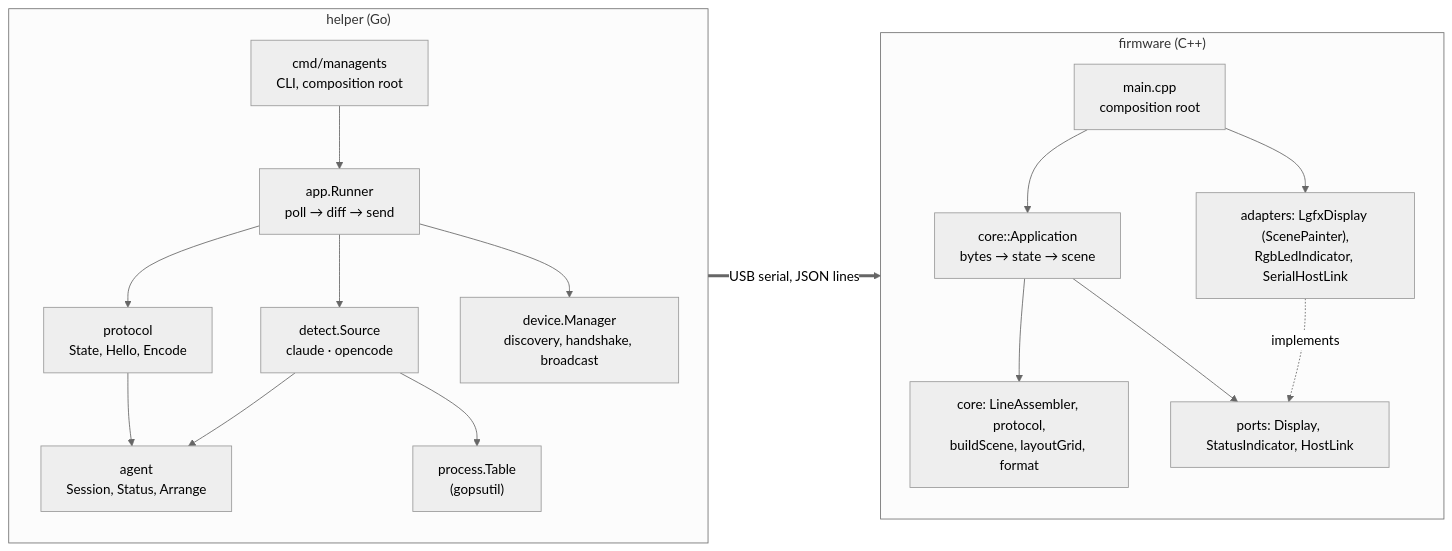
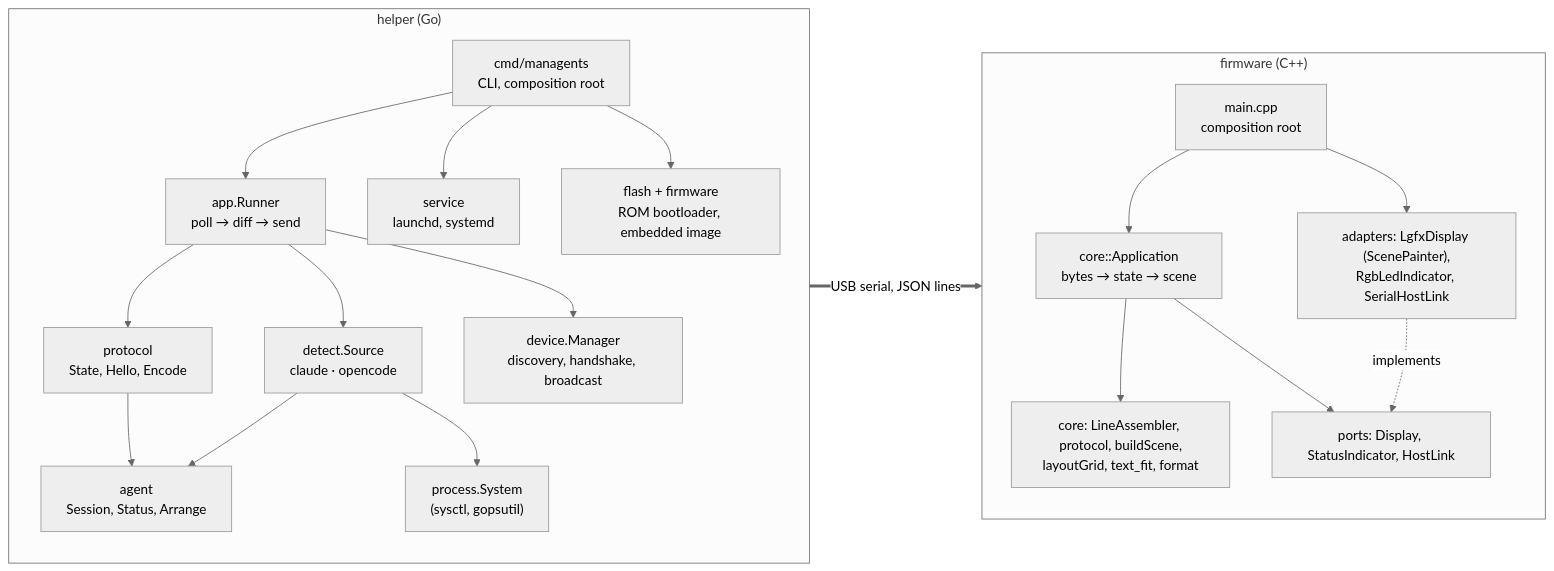
Before and after one commit to tonylook/managents: the first of 2 diagrams in docs/architecture.md, drawn with Mermaid (neutral theme). The commit also changed other lines of this file and 5 other files, not shown here.

First line of the commit message:
docs: bring the protocol, architecture and component docs up to date

````diff
--- a/docs/architecture.md
+++ b/docs/architecture.md
@@ -12,29 +12,31 @@
 ```mermaid
 flowchart LR
     subgraph helper["helper (Go)"]
         direction TB
         cmd["cmd/managents<br/>CLI, composition root"]
         appr["app.Runner<br/>poll → diff → send"]
         detect["detect.Source<br/>claude · opencode"]
         agentd["agent<br/>Session, Status, Arrange"]
         proto["protocol<br/>State, Hello, Encode"]
         device["device.Manager<br/>discovery, handshake, broadcast"]
-        procs["process.Table<br/>(gopsutil)"]
-        cmd --> appr
+        procs["process.System<br/>(sysctl, gopsutil)"]
+        svc["service<br/>launchd, systemd"]
+        flash["flash + firmware<br/>ROM bootloader, embedded image"]
+        cmd --> appr & svc & flash
         appr --> detect & proto & device
         detect --> agentd & procs
         proto --> agentd
     end
     subgraph firmware["firmware (C++)"]
         direction TB
         main["main.cpp<br/>composition root"]
         appc["core::Application<br/>bytes → state → scene"]
-        corep["core: LineAssembler, protocol,<br/>buildScene, layoutGrid, format"]
+        corep["core: LineAssembler, protocol, buildScene,<br/>layoutGrid, text_fit, format"]
         ports["ports: Display, StatusIndicator, HostLink"]
         adapters["adapters: LgfxDisplay (ScenePainter),<br/>RgbLedIndicator, SerialHostLink"]
         main --> appc & adapters
         appc --> corep & ports
         adapters -. implements .-> ports
     end
     device == "USB serial, JSON lines" ==> main
 ```
````
